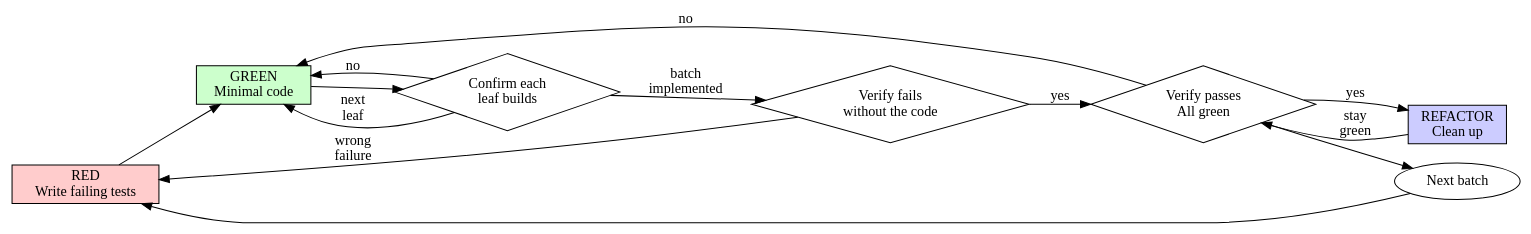
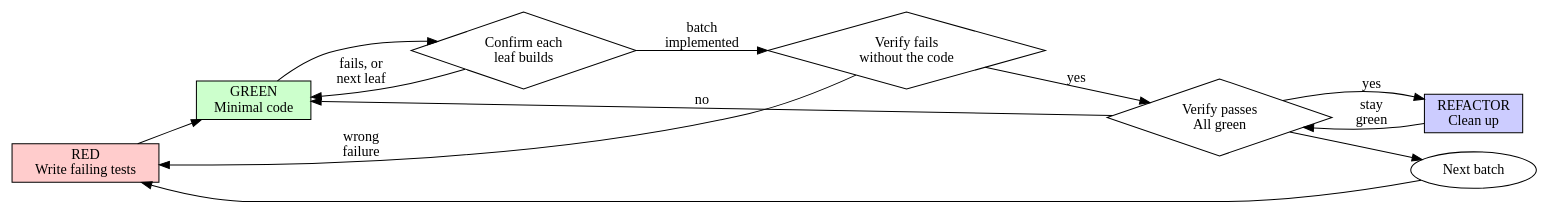
Before and after one commit to xaionaro/.config-omp: the diagram in agent/skills/test-driven-development/SKILL.md, drawn with Graphviz. The commit also changed other lines of this file and 3 other files, not shown here.

First line of the commit message:
tdd: per-leaf build, optional lint and 5-second test runs

````diff
--- a/agent/skills/test-driven-development/SKILL.md
+++ b/agent/skills/test-driven-development/SKILL.md
@@ -66,25 +66,24 @@
 ```dot
 digraph tdd_cycle {
     rankdir=LR;
     red [label="RED\nWrite failing tests", shape=box, style=filled, fillcolor="#ffcccc"];
     green [label="GREEN\nMinimal code", shape=box, style=filled, fillcolor="#ccffcc"];
     build [label="Confirm each\nleaf builds", shape=diamond];
     verify_red [label="Verify fails\nwithout the code", shape=diamond];
     verify_green [label="Verify passes\nAll green", shape=diamond];
     refactor [label="REFACTOR\nClean up", shape=box, style=filled, fillcolor="#ccccff"];
     next [label="Next batch", shape=ellipse];
 
     red -> green;
     green -> build;
     build -> verify_red [label="batch\nimplemented"];
-    build -> green [label="next\nleaf"];
-    build -> green [label="no"];
+    build -> green [label="fails, or\nnext leaf"];
     verify_red -> verify_green [label="yes"];
     verify_red -> red [label="wrong\nfailure"];
     verify_green -> refactor [label="yes"];
     verify_green -> green [label="no"];
     refactor -> verify_green [label="stay\ngreen"];
     verify_green -> next;
     next -> red;
 }
 ```
````
